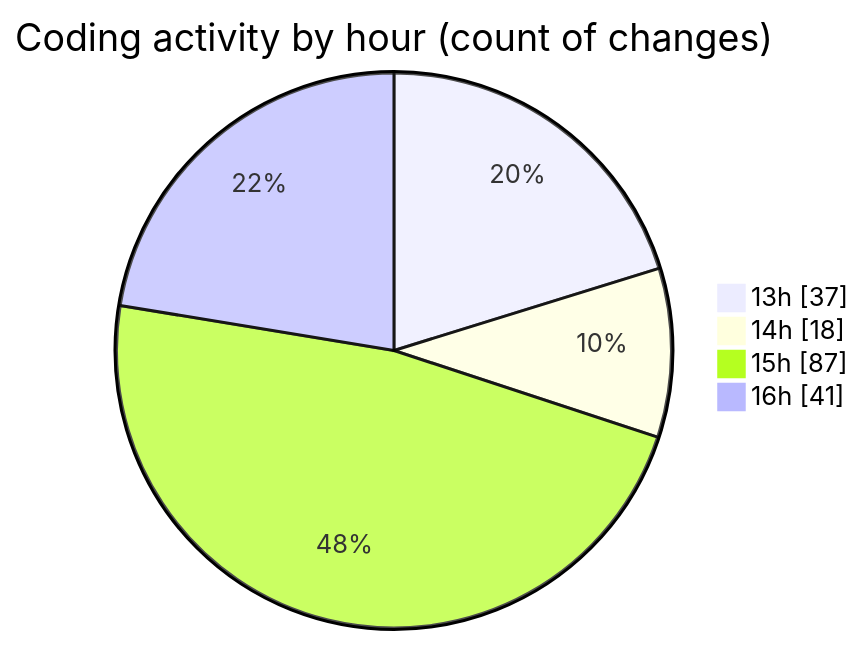
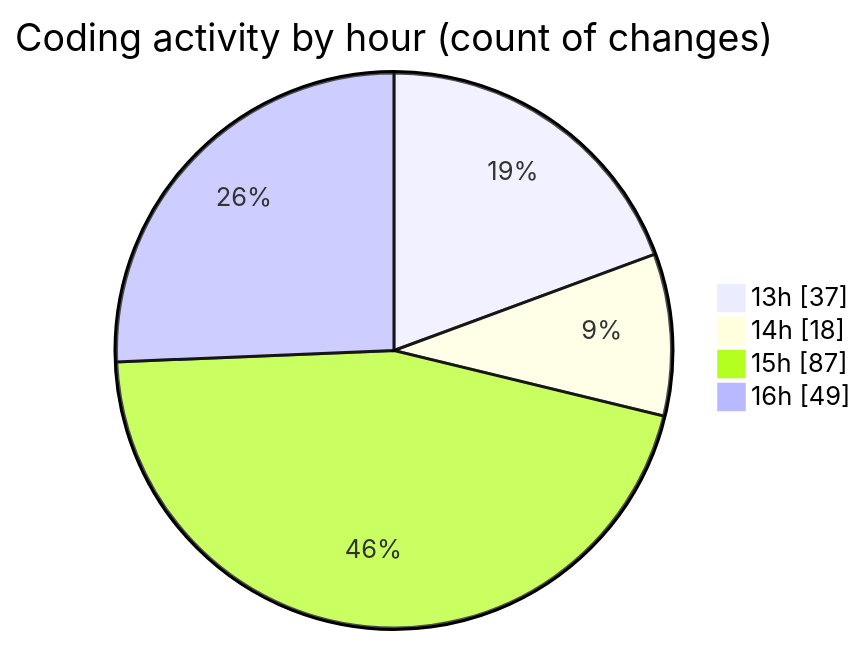
One commit to Unknowalive/code-tracking changed the second of 2 diagrams in 2026-04-11/scripting_workshop/README.md. Above: the diagram before and after it, drawn with Mermaid. The commit also changed other lines of this file and 1 other file, not shown here.

````diff
--- a/2026-04-11/scripting_workshop/README.md
+++ b/2026-04-11/scripting_workshop/README.md
@@ -65,8 +65,8 @@
 ```mermaid
 pie showData
 title Coding activity by hour (count of changes)
 "13h" : 37
 "14h" : 18
 "15h" : 87
-"16h" : 41
+"16h" : 49
 ```
````
